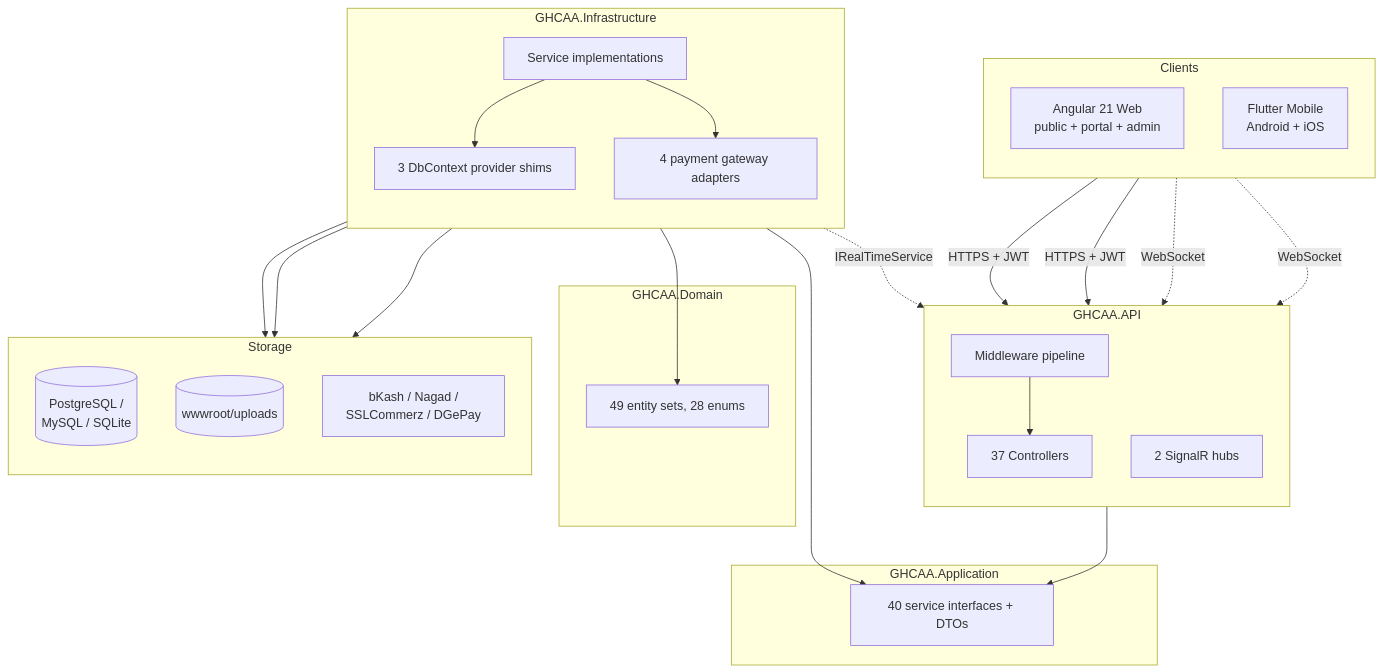
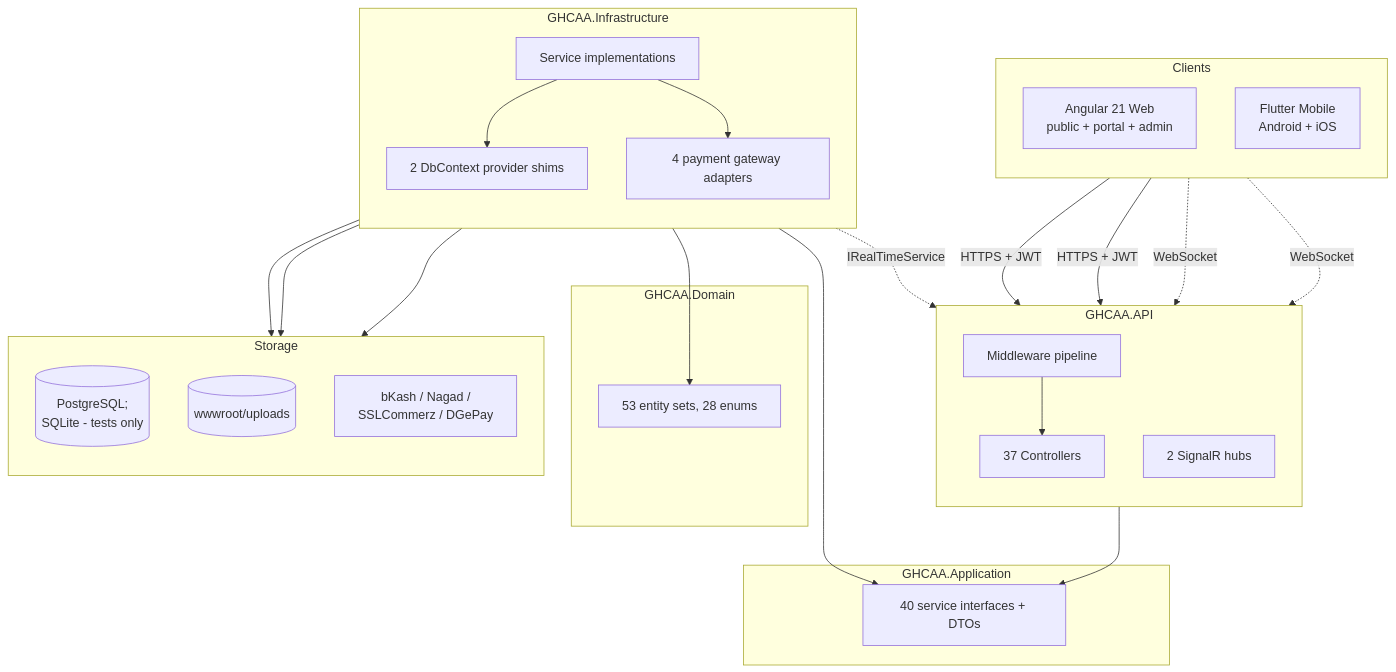
The first of 13 diagrams in docs/book/06-architecture.md (shalin-rahman/GHCAA), drawn with Mermaid before and after one commit. The commit also changed other lines of this file and 186 other files, not shown here.

````diff
--- a/docs/book/06-architecture.md
+++ b/docs/book/06-architecture.md
@@ -615,44 +615,44 @@
 ```mermaid
 flowchart TB
     subgraph Clients
       direction TB
       WEB[Angular 21 Web<br/>public + portal + admin]
       MOB[Flutter Mobile<br/>Android + iOS]
     end
     subgraph API_L["GHCAA.API"]
       direction TB
       MW[Middleware pipeline]
       CTRL[37 Controllers]
       HUB[2 SignalR hubs]
     end
     subgraph APP_L["GHCAA.Application"]
       IFACE[40 service interfaces + DTOs]
     end
     subgraph INF_L["GHCAA.Infrastructure"]
       direction TB
       SVC[Service implementations]
       GW[4 payment gateway adapters]
-      DBC[3 DbContext provider shims]
+      DBC[2 DbContext provider shims]
     end
     subgraph DOM_L["GHCAA.Domain"]
-      ENT[49 entity sets, 28 enums]
+      ENT[53 entity sets, 28 enums]
     end
     subgraph STORE["Storage"]
       direction TB
-      DB[(PostgreSQL /<br/>MySQL / SQLite)]
+      DB[(PostgreSQL;<br/>SQLite - tests only)]
       FS[(wwwroot/uploads)]
       EXT[bKash / Nagad /<br/>SSLCommerz / DGePay]
     end
     WEB -->|HTTPS + JWT| MW
     MOB -->|HTTPS + JWT| MW
     WEB -.->|WebSocket| HUB
     MOB -.->|WebSocket| HUB
     MW --> CTRL --> IFACE
     SVC --> IFACE
     SVC --> ENT
     SVC --> DBC --> DB
     SVC --> FS
     GW --> EXT
     SVC --> GW
     SVC -.->|IRealTimeService| HUB
 ```
````
